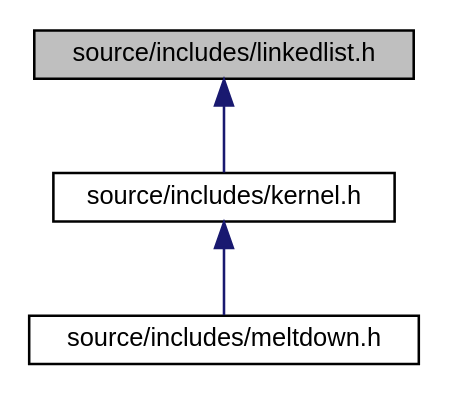
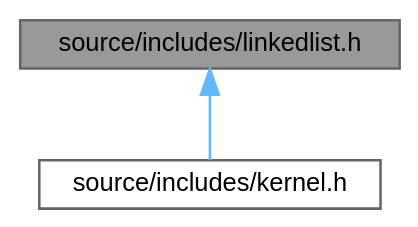
One commit to Frost-Wing/doxygen-docs changed the diagram in linkedlist_8h__dep__incl.dot. Above: the diagram before and after it, drawn with Graphviz. The commit also changed 1093 other files, not shown here.

```diff
--- a/linkedlist_8h__dep__incl.dot
+++ b/linkedlist_8h__dep__incl.dot
@@ -1,11 +1,10 @@
 digraph "source/includes/linkedlist.h"
 {
  // LATEX_PDF_SIZE
-  edge [fontname="Helvetica",fontsize="10",labelfontname="Helvetica",labelfontsize="10"];
-  node [fontname="Helvetica",fontsize="10",shape=record];
-  Node1 [label="source/includes/linkedlist.h",height=0.2,width=0.4,color="black", fillcolor="grey75", style="filled", fontcolor="black",tooltip="Contains a really basic implementation of a linked list."];
-  Node1 -> Node2 [dir="back",color="midnightblue",fontsize="10",style="solid",fontname="Helvetica"];
-  Node2 [label="source/includes/kernel.h",height=0.2,width=0.4,color="black", fillcolor="white", style="filled",URL="$kernel_8h.html",tooltip="The basic requirement from kernel to other parts of the code."];
-  Node2 -> Node3 [dir="back",color="midnightblue",fontsize="10",style="solid",fontname="Helvetica"];
-  Node3 [label="source/includes/meltdown.h",height=0.2,width=0.4,color="black", fillcolor="white", style="filled",URL="$meltdown_8h.html",tooltip="The headers for meltdown.c."];
+  bgcolor="transparent";
+  edge [fontname=Helvetica,fontsize=10,labelfontname=Helvetica,labelfontsize=10];
+  node [fontname=Helvetica,fontsize=10,shape=box,height=0.2,width=0.4];
+  Node1 [id="Node000001",label="source/includes/linkedlist.h",height=0.2,width=0.4,color="gray40", fillcolor="grey60", style="filled", fontcolor="black",tooltip="Contains a really basic implementation of a linked list."];
+  Node1 -> Node2 [id="edge1_Node000001_Node000002",dir="back",color="steelblue1",style="solid",tooltip=" "];
+  Node2 [id="Node000002",label="source/includes/kernel.h",height=0.2,width=0.4,color="grey40", fillcolor="white", style="filled",URL="$kernel_8h.html",tooltip="The basic requirement from kernel to other parts of the code."];
 }
```
